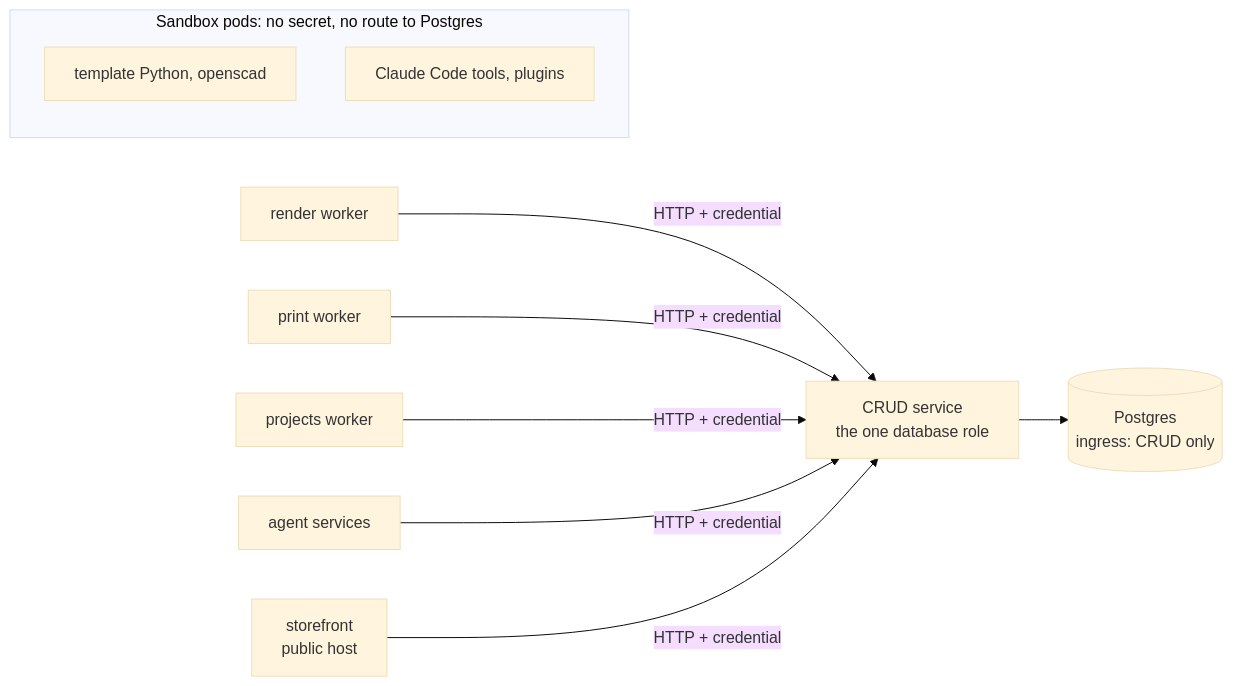
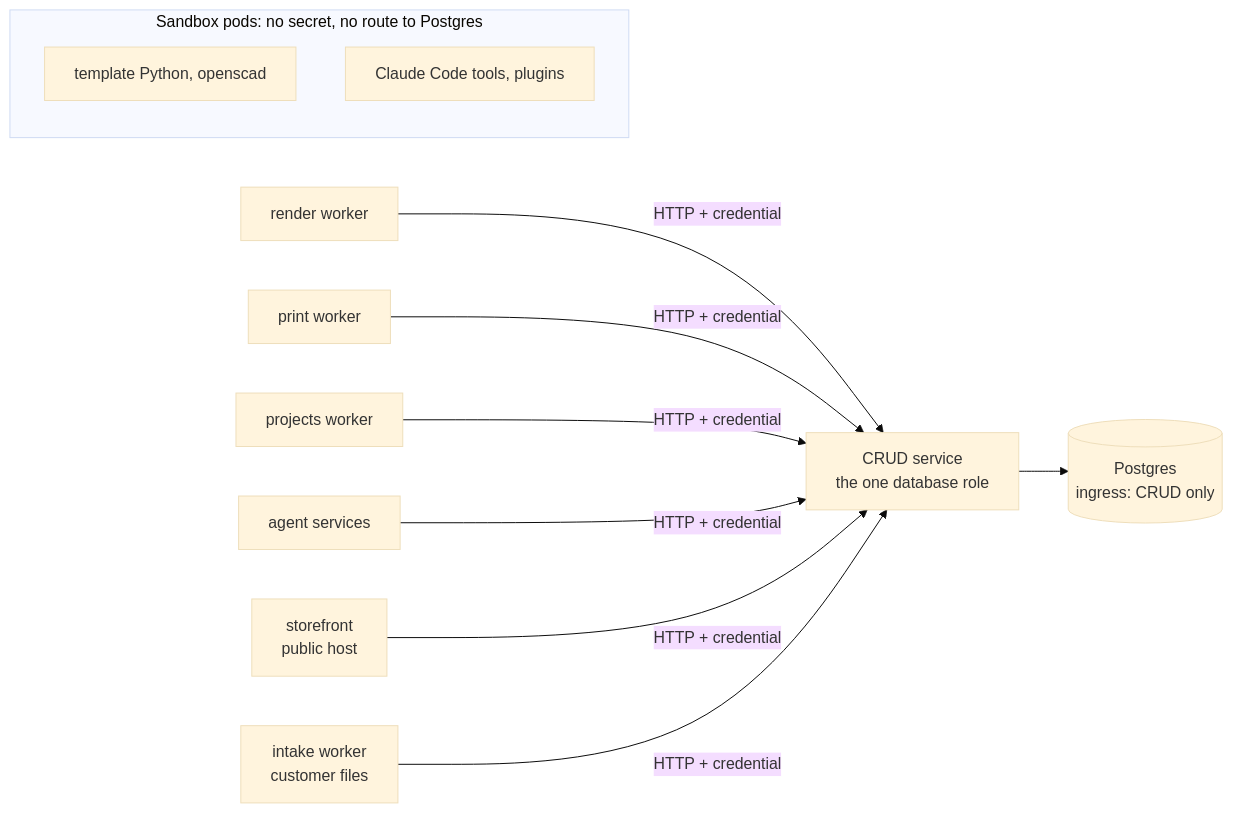
Before and after one commit to eh-homelab/ScadBuddy: the second of 2 diagrams in docs/security/trust-boundaries.md, drawn with Mermaid (base theme). The commit also changed other lines of this file and 36 other files, not shown here.

First line of the commit message:
feat(storefront): the intake worker checks a customer's staged file with no database secret (#6133)

````diff
--- a/docs/security/trust-boundaries.md
+++ b/docs/security/trust-boundaries.md
@@ -150,13 +150,14 @@
 ```mermaid
 flowchart LR
   subgraph untrusted[Sandbox pods: no secret, no route to Postgres]
     T[template Python, openscad]
     C[Claude Code tools, plugins]
   end
   R[render worker] -- HTTP + credential --> CRUD
   P[print worker] -- HTTP + credential --> CRUD
   J[projects worker] -- HTTP + credential --> CRUD
   A[agent services] -- HTTP + credential --> CRUD
   S[storefront<br/>public host] -- HTTP + credential --> CRUD
+  I[intake worker<br/>customer files] -- HTTP + credential --> CRUD
   CRUD[CRUD service<br/>the one database role] --> DB[(Postgres<br/>ingress: CRUD only)]
 ```
````
